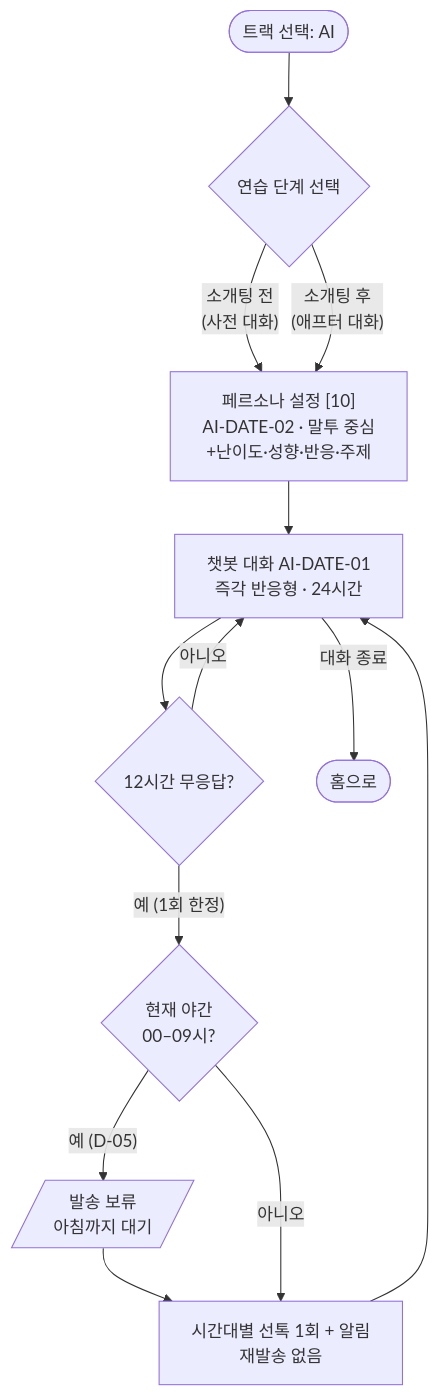
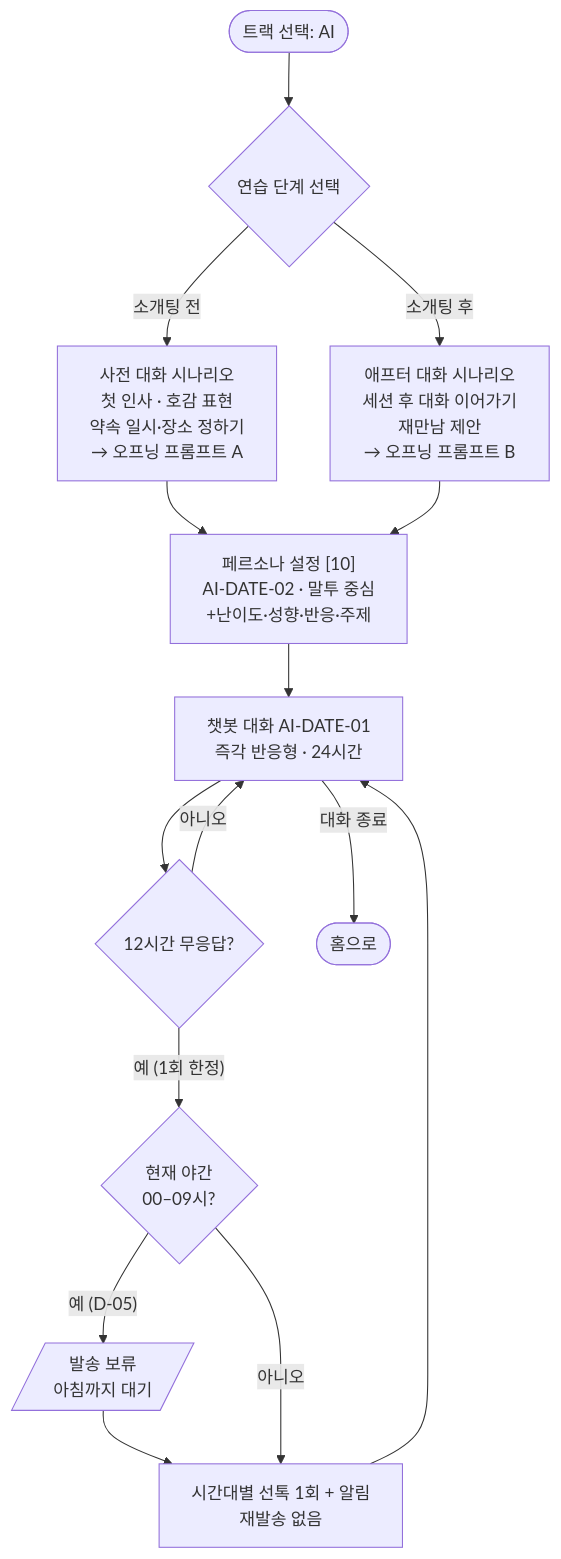
The sixth of 7 diagrams in 기획산출물/유저플로우.md (nenini/tikitaka), drawn with Mermaid before and after one commit. The commit also changed other lines of this file, not shown here.

Commit message:
(S15P11A307-236):유저플로우 수정

````diff
--- a/기획산출물/유저플로우.md
+++ b/기획산출물/유저플로우.md
@@ -167,14 +249,16 @@
 ```mermaid
 flowchart TD
     S([트랙 선택: AI]) --> PHASE{"연습 단계 선택"}
-    PHASE -->|"소개팅 전<br/>(사전 대화)"| SETUP
-    PHASE -->|"소개팅 후<br/>(애프터 대화)"| SETUP["페르소나 설정 [10]<br/>AI-DATE-02 · 말투 중심<br/>+난이도·성향·반응·주제"]
+    PHASE -->|"소개팅 전"| PREC["사전 대화 시나리오<br/>첫 인사 · 호감 표현<br/>약속 일시·장소 정하기<br/>→ 오프닝 프롬프트 A"]
+    PHASE -->|"소개팅 후"| POSTC["애프터 대화 시나리오<br/>세션 후 대화 이어가기<br/>재만남 제안<br/>→ 오프닝 프롬프트 B"]
+    PREC --> SETUP
+    POSTC --> SETUP["페르소나 설정 [10]<br/>AI-DATE-02 · 말투 중심<br/>+난이도·성향·반응·주제"]
     SETUP --> CHAT["챗봇 대화 AI-DATE-01<br/>즉각 반응형 · 24시간"]
     CHAT --> IDLE{"12시간 무응답?"}
     IDLE -->|아니오| CHAT
     IDLE -->|"예 (1회 한정)"| PING{"현재 야간<br/>00–09시?"}
     PING -->|"예 (D-05)"| HOLD[/"발송 보류<br/>아침까지 대기"/] --> FIRST
     PING -->|아니오| FIRST["시간대별 선톡 1회 + 알림<br/>재발송 없음"]
     FIRST --> CHAT
     CHAT -->|대화 종료| HOME([홈으로])
 ```
````
